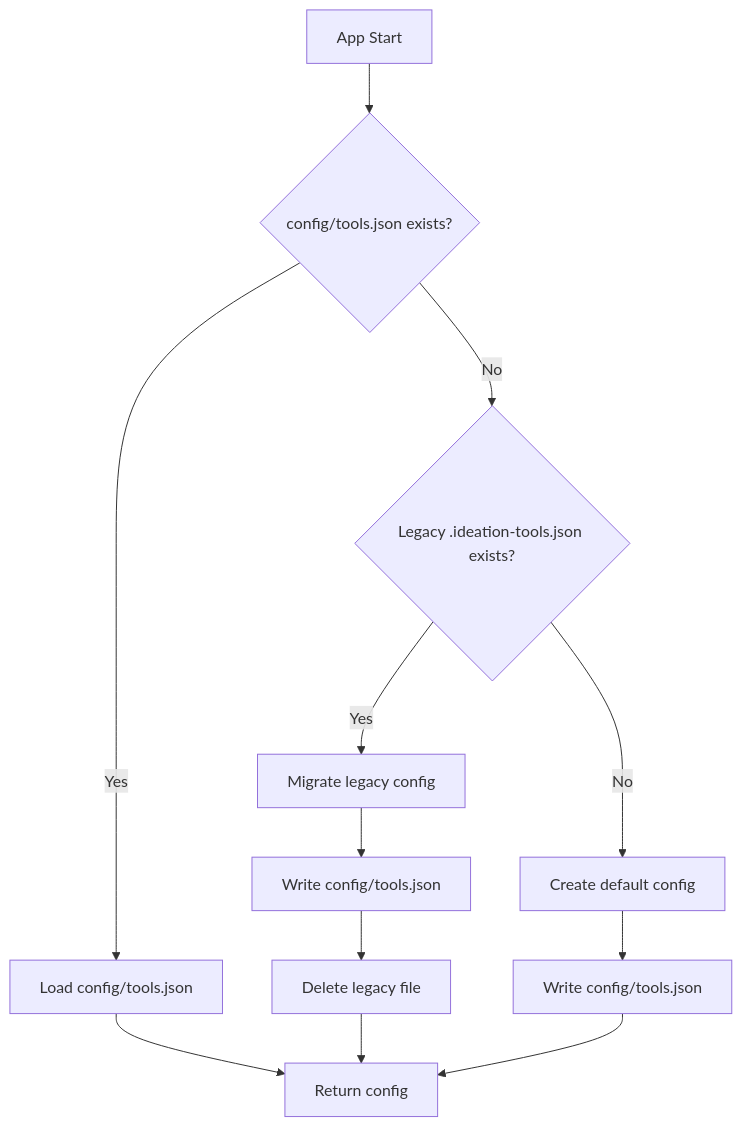
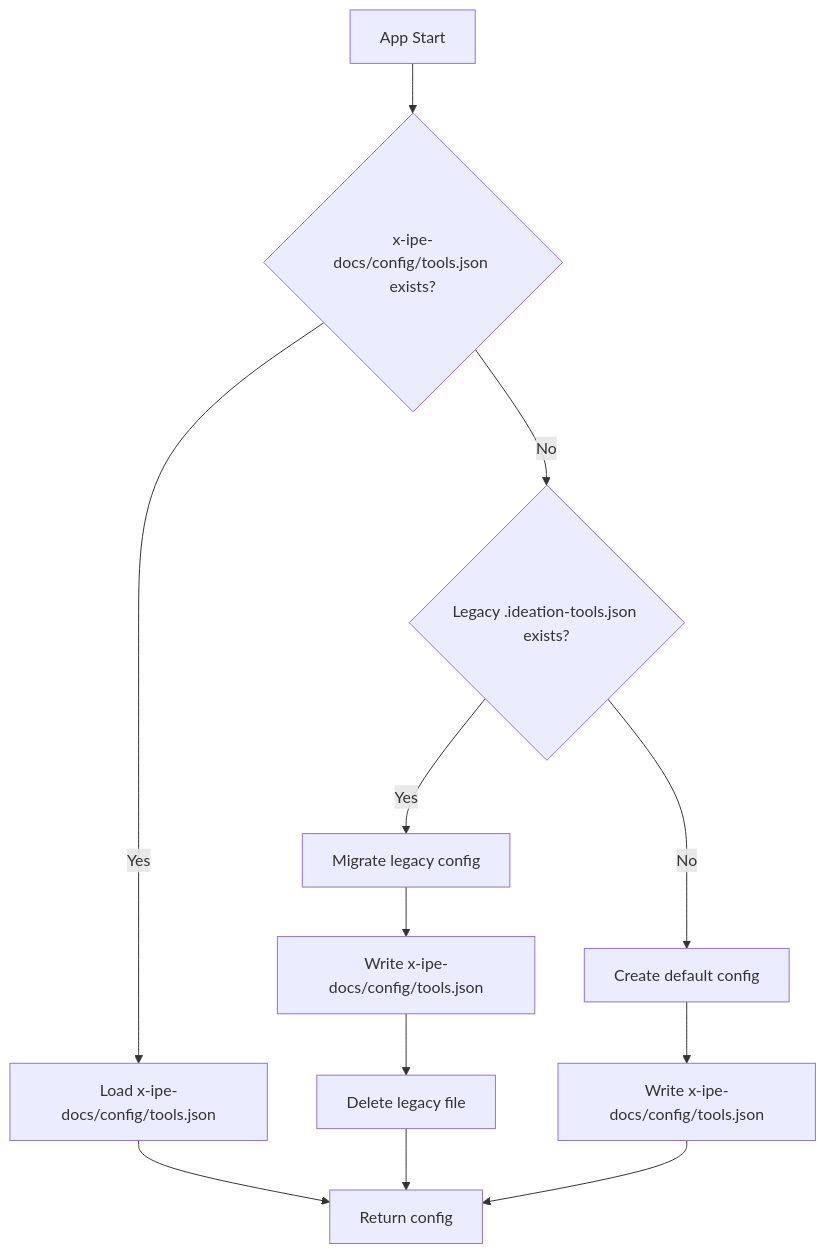
Before and after one commit to Young-Z/X-IPE: the first of 2 diagrams in x-ipe-docs/requirements/FEATURE-011/technical-design.md, drawn with Mermaid. The commit also changed other lines of this file and 84 other files, not shown here.

````diff
--- a/x-ipe-docs/requirements/FEATURE-011/technical-design.md
+++ b/x-ipe-docs/requirements/FEATURE-011/technical-design.md
@@ -117,14 +117,14 @@
 ```mermaid
 flowchart TD
-    A[App Start] --> B{config/tools.json exists?}
-    B -->|Yes| C[Load config/tools.json]
+    A[App Start] --> B{x-ipe-docs/config/tools.json exists?}
+    B -->|Yes| C[Load x-ipe-docs/config/tools.json]
     B -->|No| D{Legacy .ideation-tools.json exists?}
     D -->|Yes| E[Migrate legacy config]
-    E --> F[Write config/tools.json]
+    E --> F[Write x-ipe-docs/config/tools.json]
     F --> G[Delete legacy file]
     D -->|No| H[Create default config]
-    H --> I[Write config/tools.json]
+    H --> I[Write x-ipe-docs/config/tools.json]
     C --> J[Return config]
     G --> J
     I --> J
 ```
````
